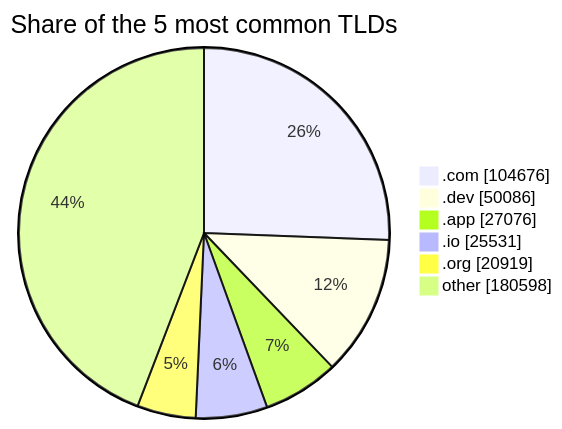
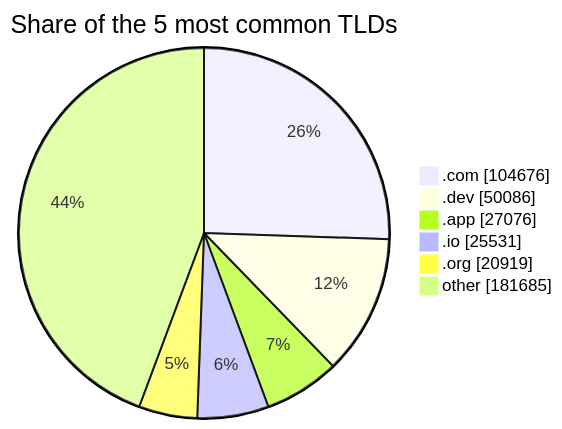
One commit to DNSBunker/CTI changed the third of 3 diagrams in README.md. Above: the diagram before and after it, drawn with Mermaid. The commit also changed other lines of this file and 3 other files, not shown here.

````diff
--- a/README.md
+++ b/README.md
@@ -81,9 +81,9 @@
 ```mermaid
 pie showData title Share of the 5 most common TLDs
     ".com" : 104676
     ".dev" : 50086
     ".app" : 27076
     ".io" : 25531
     ".org" : 20919
-    "other" : 180598
+    "other" : 181685
 ```
````
